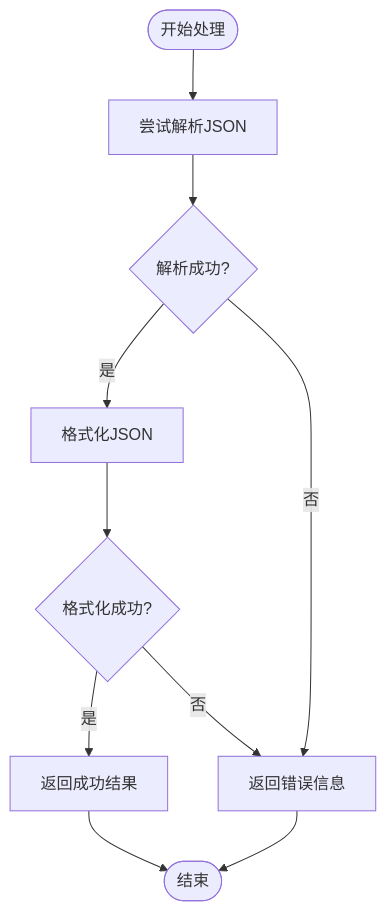
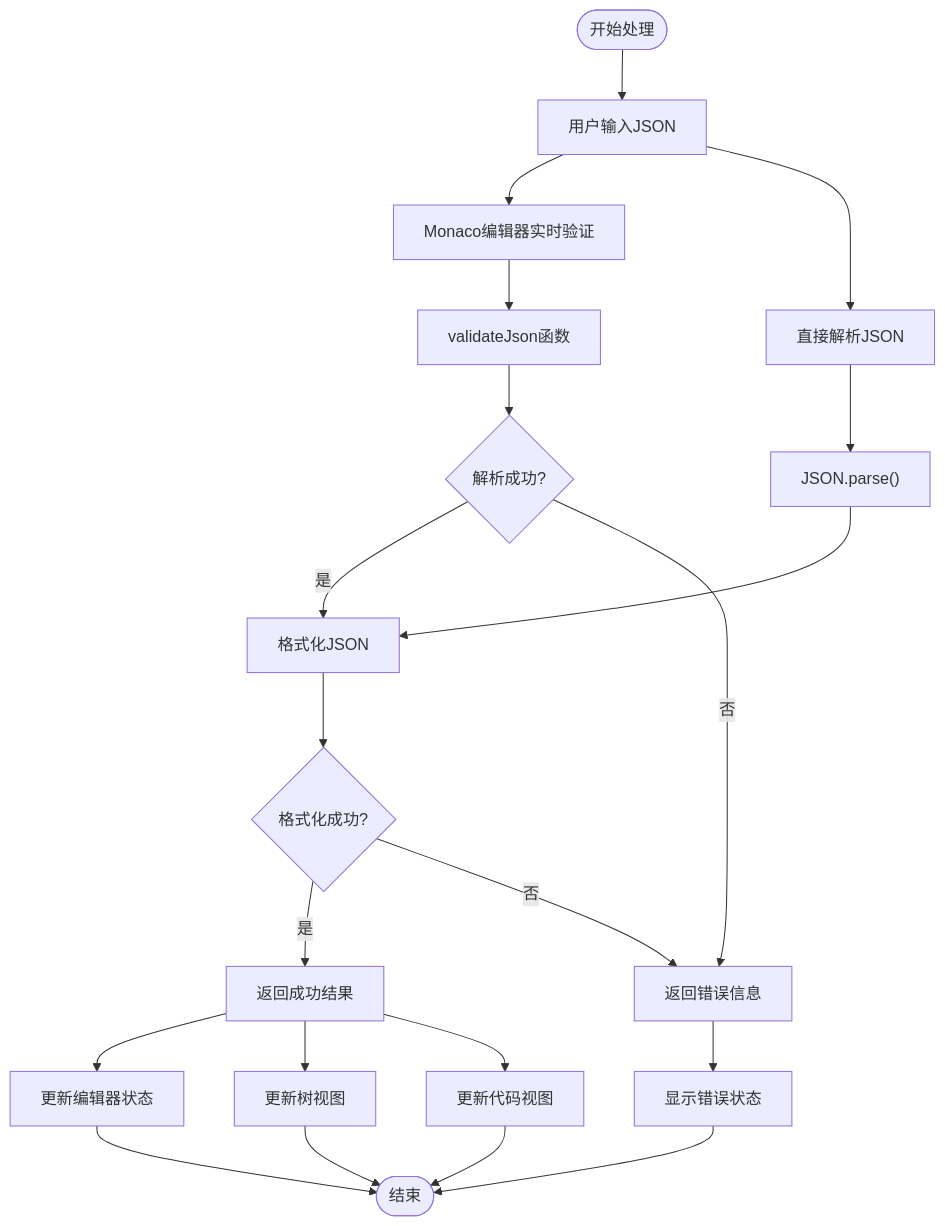
Before and after one commit to sgyy/privadeck: the fourth of 5 diagrams in .qoder/repowiki/zh/content/开发者工具/JSON格式化工具.md, drawn with Mermaid. The commit also changed other lines of this file and 4 other files, not shown here.

````diff
--- a/.qoder/repowiki/zh/content/开发者工具/JSON格式化工具.md
+++ b/.qoder/repowiki/zh/content/开发者工具/JSON格式化工具.md
@@ -154,12 +235,23 @@
 ```mermaid
 flowchart TD
-Start([开始处理]) --> Parse["尝试解析JSON"]
-Parse --> ParseSuccess{"解析成功?"}
+Start([开始处理]) --> Input["用户输入JSON"]
+Input --> Monaco["Monaco编辑器实时验证"]
+Input --> DirectParse["直接解析JSON"]
+Monaco --> Validate["validateJson函数"]
+DirectParse --> Parse["JSON.parse()"]
+Validate --> ParseSuccess{"解析成功?"}
 ParseSuccess --> |是| Format["格式化JSON"]
 ParseSuccess --> |否| ErrorReturn["返回错误信息"]
+Parse --> Format
 Format --> FormatSuccess{"格式化成功?"}
 FormatSuccess --> |是| SuccessReturn["返回成功结果"]
 FormatSuccess --> |否| ErrorReturn
-SuccessReturn --> End([结束])
-ErrorReturn --> End
+SuccessReturn --> MonacoUpdate["更新编辑器状态"]
+SuccessReturn --> TreeUpdate["更新树视图"]
+SuccessReturn --> CodeUpdate["更新代码视图"]
+ErrorReturn --> MonacoError["显示错误状态"]
+MonacoUpdate --> End([结束])
+TreeUpdate --> End
+CodeUpdate --> End
+MonacoError --> End
 ```
````
